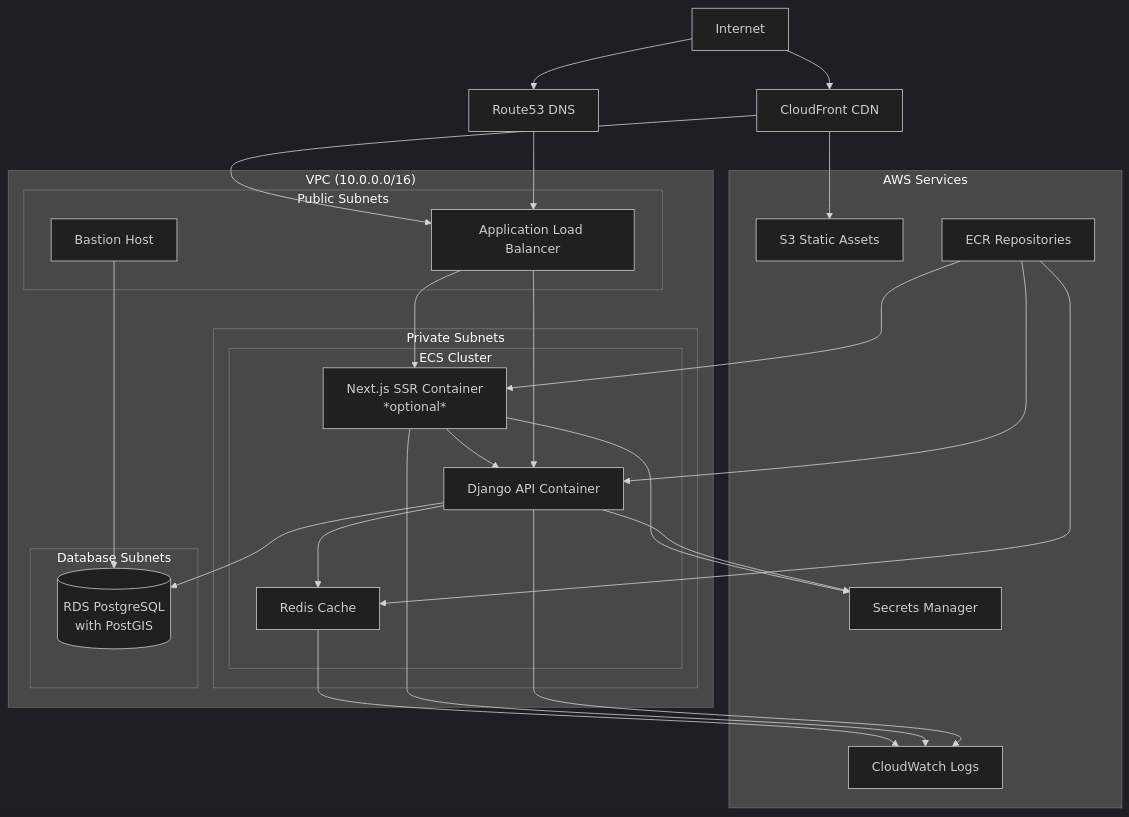
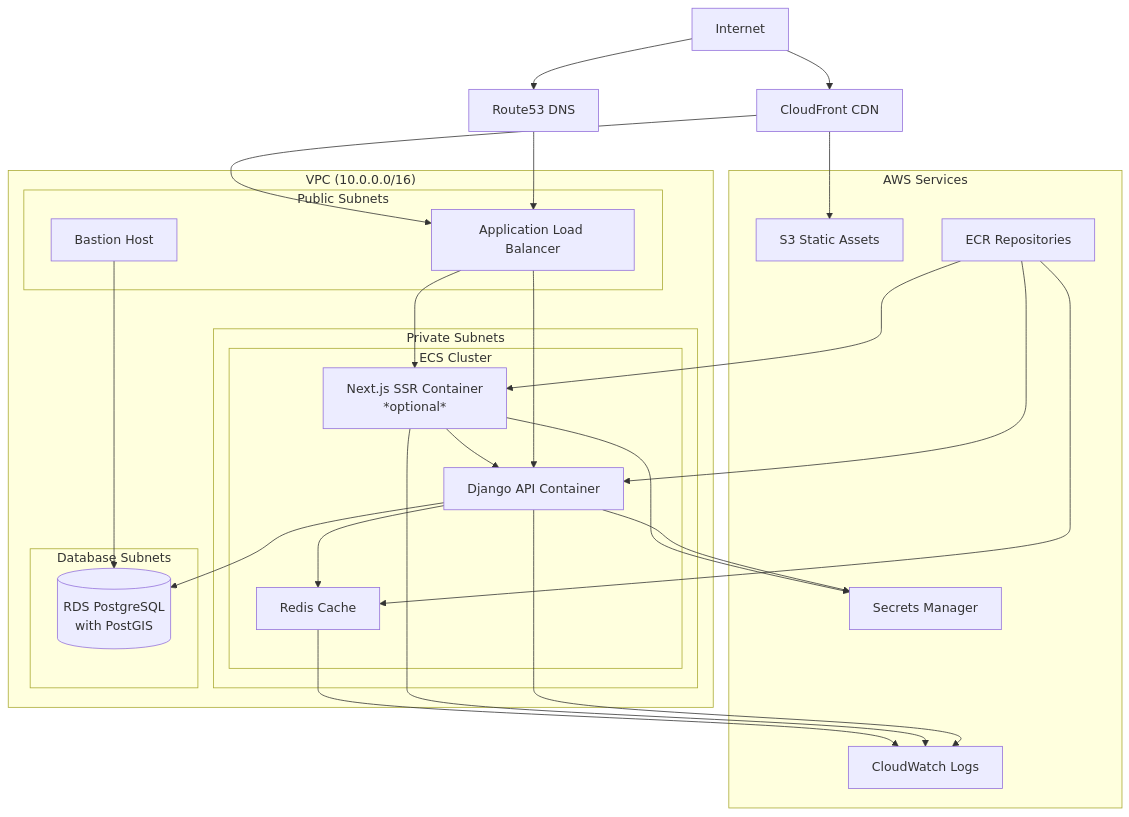
Before and after one commit to lhadjchikh/coalition-builder: the diagram in terraform/README.md, drawn with Mermaid. The commit also changed other lines of this file and 3 other files, not shown here.

````diff
--- a/terraform/README.md
+++ b/terraform/README.md
@@ -48,65 +68,65 @@
 ```mermaid
-%%{init: {'theme':'dark'}}%%
+%%{init: {'theme':'basic'}}%%
 flowchart TB
     %% Internet
     internet[Internet] --> cloudfront[CloudFront CDN]
     internet --> route53[Route53 DNS]
 
     %% DNS and CDN
     route53 --> alb[Application Load Balancer]
     cloudfront --> s3_assets[S3 Static Assets]
 
     %% VPC Container
     subgraph vpc["VPC (10.0.0.0/16)"]
         %% Public Subnets
         subgraph public["Public Subnets"]
             alb
             bastion[Bastion Host]
         end
 
         %% Private Subnets
         subgraph private["Private Subnets"]
             subgraph ecs_cluster["ECS Cluster"]
                 django[Django API Container]
                 ssr[Next.js SSR Container<br/>*optional*]
                 redis[Redis Cache]
             end
         end
 
         %% Database Subnets
         subgraph db_subnets["Database Subnets"]
             rds[(RDS PostgreSQL<br/>with PostGIS)]
         end
     end
 
     %% External Services
     subgraph aws_services["AWS Services"]
         secrets[Secrets Manager]
         ecr[ECR Repositories]
         cloudwatch[CloudWatch Logs]
         s3_assets
     end
 
     %% Connections
     alb --> django
     alb --> ssr
     django --> redis
     django --> rds
     ssr --> django
     bastion --> rds
 
     %% CloudFront connections
     cloudfront --> alb
 
     %% Service connections
     django --> secrets
     ssr --> secrets
     django --> cloudwatch
     ssr --> cloudwatch
     redis --> cloudwatch
 
     %% ECR
     ecr --> django
     ecr --> ssr
     ecr --> redis
 ```
````
